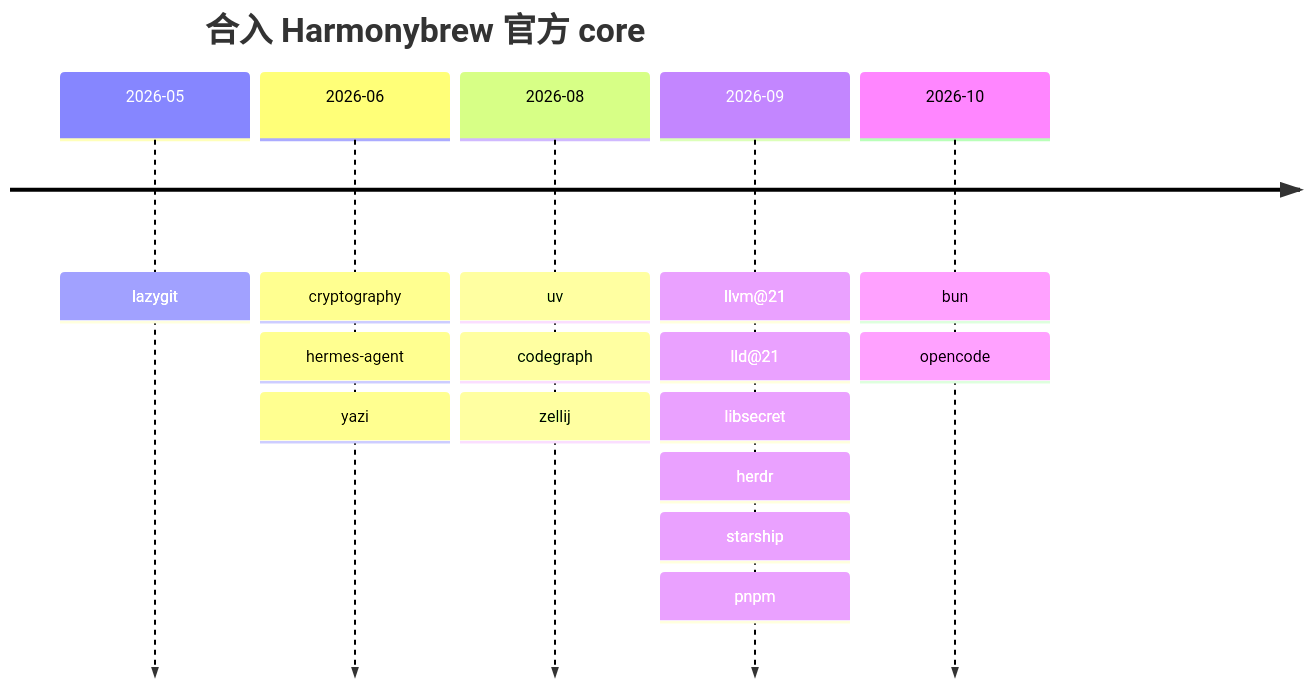
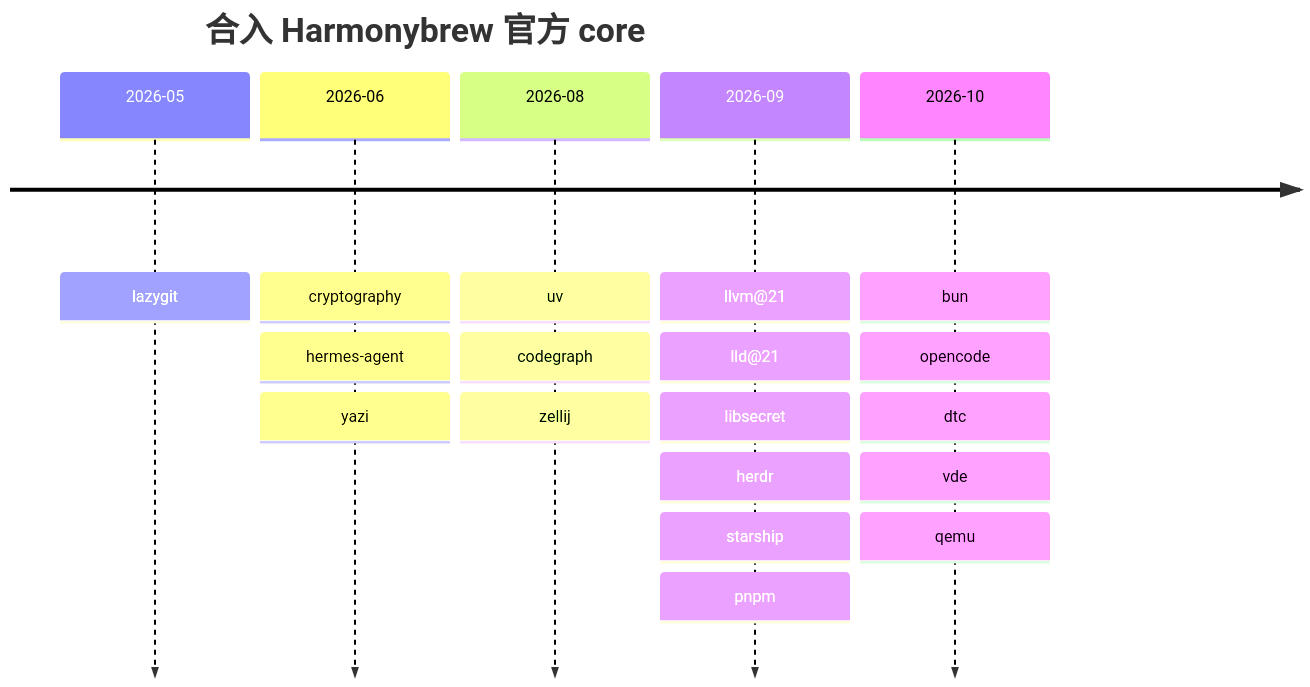
The diagram in README.md (social4hyq/homebrew-core), drawn with Mermaid before and after one commit. The commit also changed other lines of this file and 13 other files, not shown here.

Commit message:
dtc/vde/qemu: remove migrated formulae and retire zcode

````diff
--- a/README.md
+++ b/README.md
@@ -23,9 +22,9 @@
 ```mermaid
 timeline
     title 合入 Harmonybrew 官方 core
     2026-05 : lazygit
     2026-06 : cryptography : hermes-agent : yazi
     2026-08 : uv : codegraph : zellij
     2026-09 : llvm@21 : lld@21 : libsecret : herdr : starship : pnpm
-    2026-10 : bun : opencode
+    2026-10 : bun : opencode : dtc : vde : qemu
 ```
````
